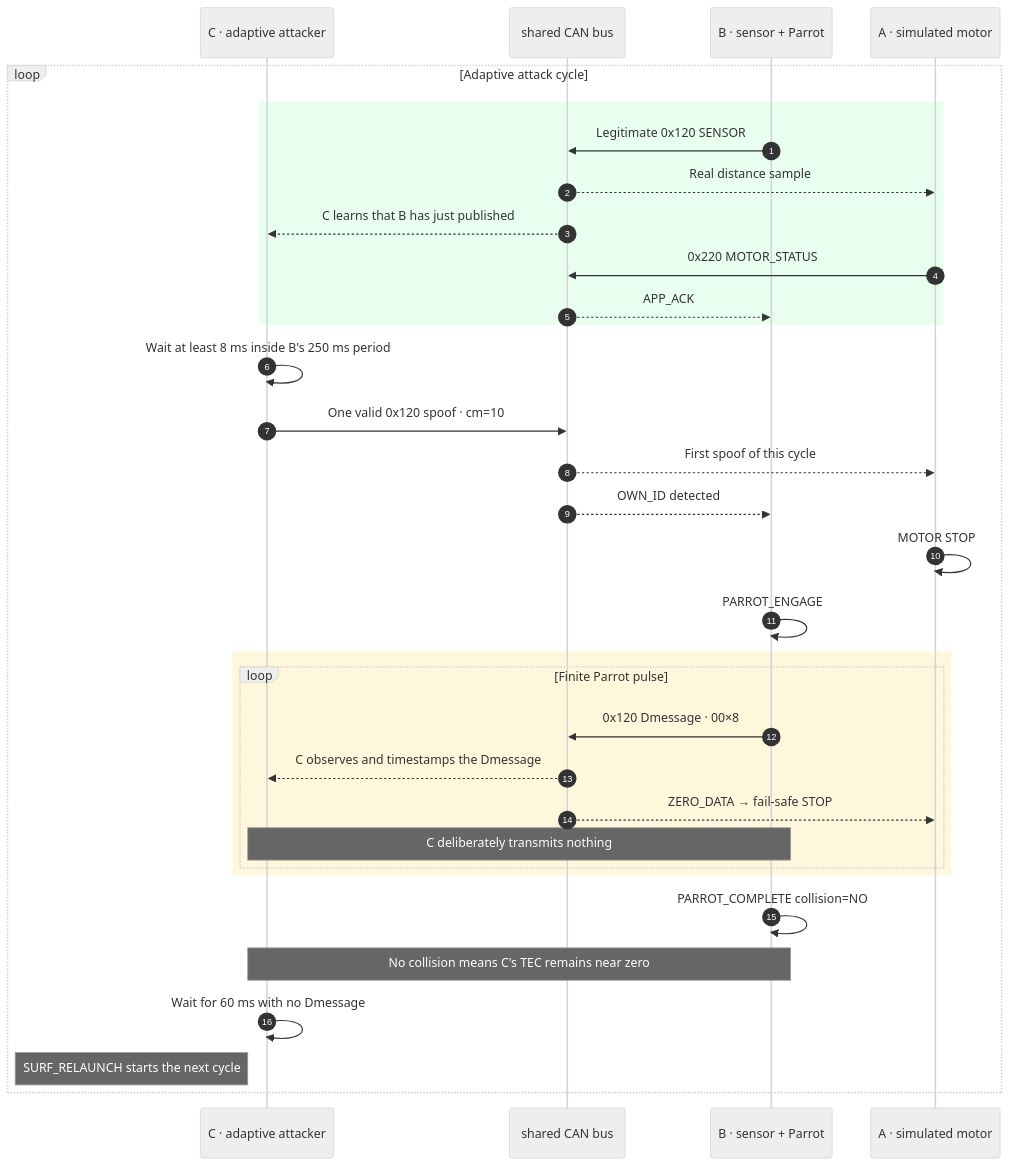
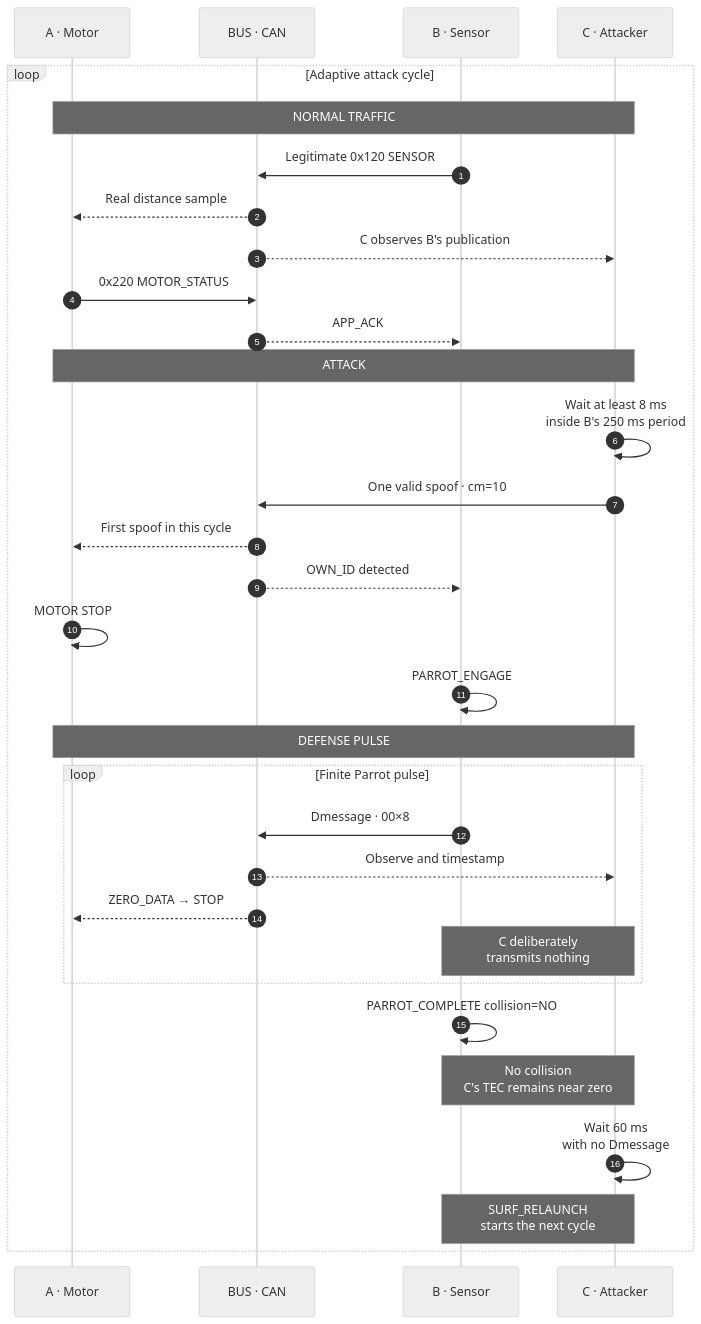
Before and after one commit to sadrobot69/Paper-Perishes-Parrot: the sixth of 6 diagrams in README.md, drawn with Mermaid (neutral theme). The commit also changed other lines of this file, not shown here.

Commit message:
Cambio de color en los diagramas

````diff
--- a/README.md
+++ b/README.md
@@ -375,39 +356,38 @@
 ```mermaid
 sequenceDiagram
     autonumber
-    participant C as C · adaptive attacker
-    participant CAN as shared CAN bus
-    participant B as B · sensor + Parrot
-    participant A as A · simulated motor
+    participant A as A · Motor
+    participant BUS as BUS · CAN
+    participant B as B · Sensor
+    participant C as C · Attacker
 
     loop Adaptive attack cycle
-        rect rgb(232, 255, 239)
-            B->>CAN: Legitimate 0x120 SENSOR
-            CAN-->>A: Real distance sample
-            CAN-->>C: C learns that B has just published
-            A->>CAN: 0x220 MOTOR_STATUS
-            CAN-->>B: APP_ACK
-        end
+        Note over A,C: NORMAL TRAFFIC
+        B->>BUS: Legitimate 0x120 SENSOR
+        BUS-->>A: Real distance sample
+        BUS-->>C: C observes B's publication
+        A->>BUS: 0x220 MOTOR_STATUS
+        BUS-->>B: APP_ACK
 
-        C->>C: Wait at least 8 ms inside B's 250 ms period
-        C->>CAN: One valid 0x120 spoof · cm=10
-        CAN-->>A: First spoof of this cycle
-        CAN-->>B: OWN_ID detected
+        Note over A,C: ATTACK
+        C->>C: Wait at least 8 ms<br/>inside B's 250 ms period
+        C->>BUS: One valid spoof · cm=10
+        BUS-->>A: First spoof in this cycle
+        BUS-->>B: OWN_ID detected
         A->>A: MOTOR STOP
         B->>B: PARROT_ENGAGE
 
-        rect rgb(255, 247, 220)
-            loop Finite Parrot pulse
-                B->>CAN: 0x120 Dmessage · 00×8
-                CAN-->>C: C observes and timestamps the Dmessage
-                CAN-->>A: ZERO_DATA → fail-safe STOP
-                Note over C,B: C deliberately transmits nothing
-            end
+        Note over A,C: DEFENSE PULSE
+        loop Finite Parrot pulse
+            B->>BUS: Dmessage · 00×8
+            BUS-->>C: Observe and timestamp
+            BUS-->>A: ZERO_DATA → STOP
+            Note over B,C: C deliberately<br/>transmits nothing
         end
 
         B->>B: PARROT_COMPLETE collision=NO
-        Note over C,B: No collision means C's TEC remains near zero
-        C->>C: Wait for 60 ms with no Dmessage
-        Note left of C: SURF_RELAUNCH starts the next cycle
+        Note over B,C: No collision<br/>C's TEC remains near zero
+        C->>C: Wait 60 ms<br/>with no Dmessage
+        Note over B,C: SURF_RELAUNCH<br/>starts the next cycle
     end
 ```
````
